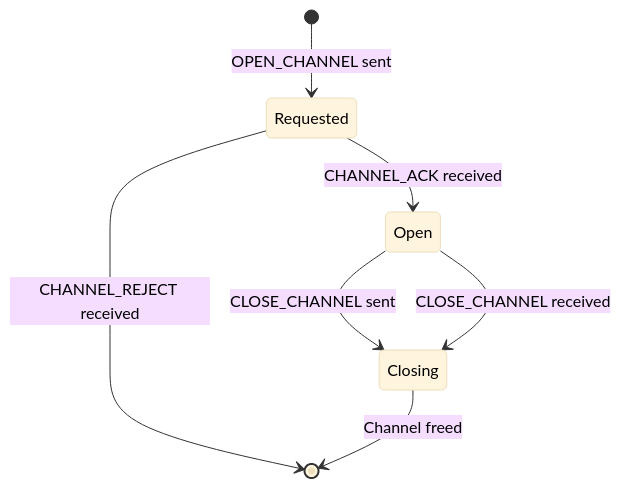
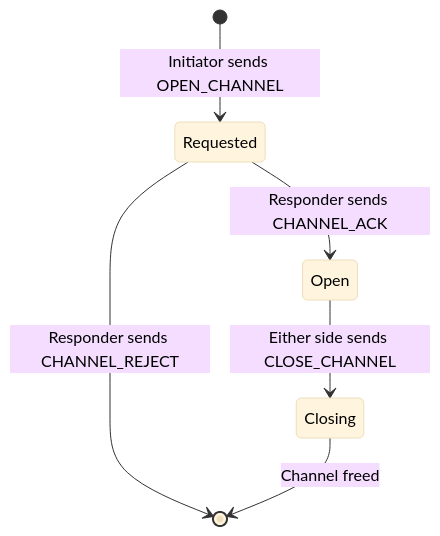
The tenth of 16 diagrams in README.md (deftai/xumux), drawn with Mermaid before and after one commit. The commit also changed other lines of this file and 6 other files, not shown here.

````diff
--- a/README.md
+++ b/README.md
@@ -499,10 +499,9 @@
 ```mermaid
 %%{init: {'theme': 'base', 'themeVariables': {'primaryTextColor': '#000', 'lineColor': '#333'}}}%%
 stateDiagram-v2
-    [*] --> Requested: OPEN_CHANNEL sent
-    Requested --> Open: CHANNEL_ACK received
-    Requested --> [*]: CHANNEL_REJECT received
-    Open --> Closing: CLOSE_CHANNEL sent
-    Open --> Closing: CLOSE_CHANNEL received
+    [*] --> Requested: Initiator sends OPEN_CHANNEL
+    Requested --> Open: Responder sends CHANNEL_ACK
+    Requested --> [*]: Responder sends CHANNEL_REJECT
+    Open --> Closing: Either side sends CLOSE_CHANNEL
     Closing --> [*]: Channel freed
 ```
````
